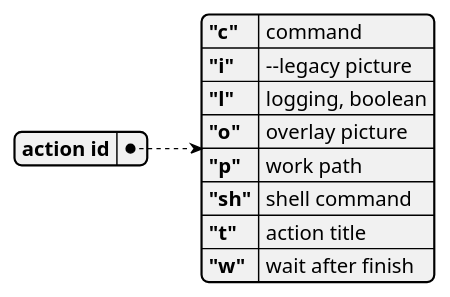
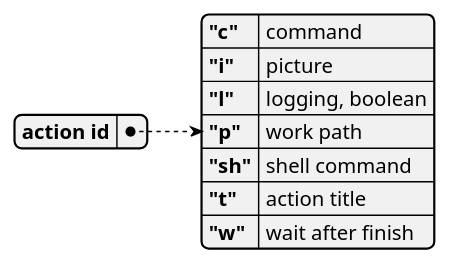
One commit to MARTIMM/SessionManager changed the second of 7 diagrams in doc/session-manager.md. Above: the diagram before and after it, drawn with PlantUML. The commit also changed other lines of this file, not shown here.

````diff
--- a/doc/session-manager.md
+++ b/doc/session-manager.md
@@ -139,13 +141,14 @@
 ```plantuml
 @startyaml
 action id: 
   "c": command
-  "i": --legacy picture
+  '"i": --legacy picture
+  "i": picture
   "l": logging, boolean
-  "o": overlay picture
+  '"o": overlay picture
   "p": work path
   "sh": shell command
   "t": action title
   "w": wait after finish
 @endyaml
 ```
````
